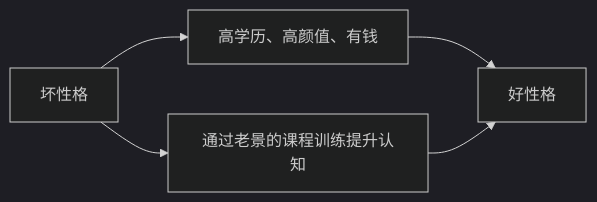
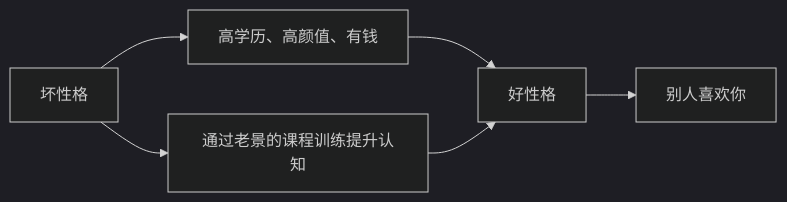
Before and after one commit to MaverickMcQuillan/LcJk: the diagram in intro.qmd, drawn with Mermaid (dark theme). The commit also changed other lines of this file and 4 other files, not shown here.

````diff
--- a/intro.qmd
+++ b/intro.qmd
@@ -6,4 +6,4 @@
 ```{mermaid}
 flowchart LR
-A[坏性格] --> A1[高学历、高颜值、有钱] & A2[通过老景的课程训练提升认知] --> B[好性格]
+A[坏性格] --> A1[高学历、高颜值、有钱] & A2[通过老景的课程训练提升认知] --> B[好性格] --> C[别人喜欢你]
 ```
````
